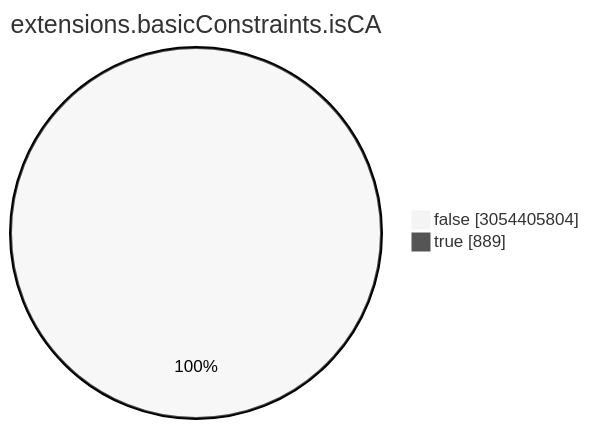
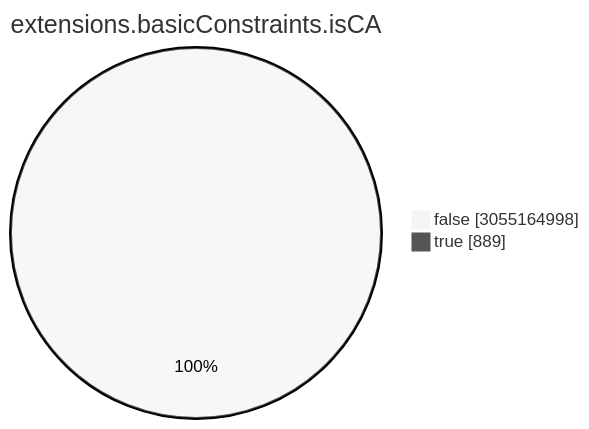
The seventh of 15 diagrams in TOTAL/README.md (christiankrug/ctmonitor_visualization), drawn with Mermaid (neutral theme) before and after one commit. The commit also changed other lines of this file, not shown here.

````diff
--- a/TOTAL/README.md
+++ b/TOTAL/README.md
@@ -3086,6 +3086,6 @@
 ```mermaid
 pie showData
 title extensions.basicConstraints.isCA
-"false" :3054405804
+"false" :3055164998
 "true" :889
 ```
````
